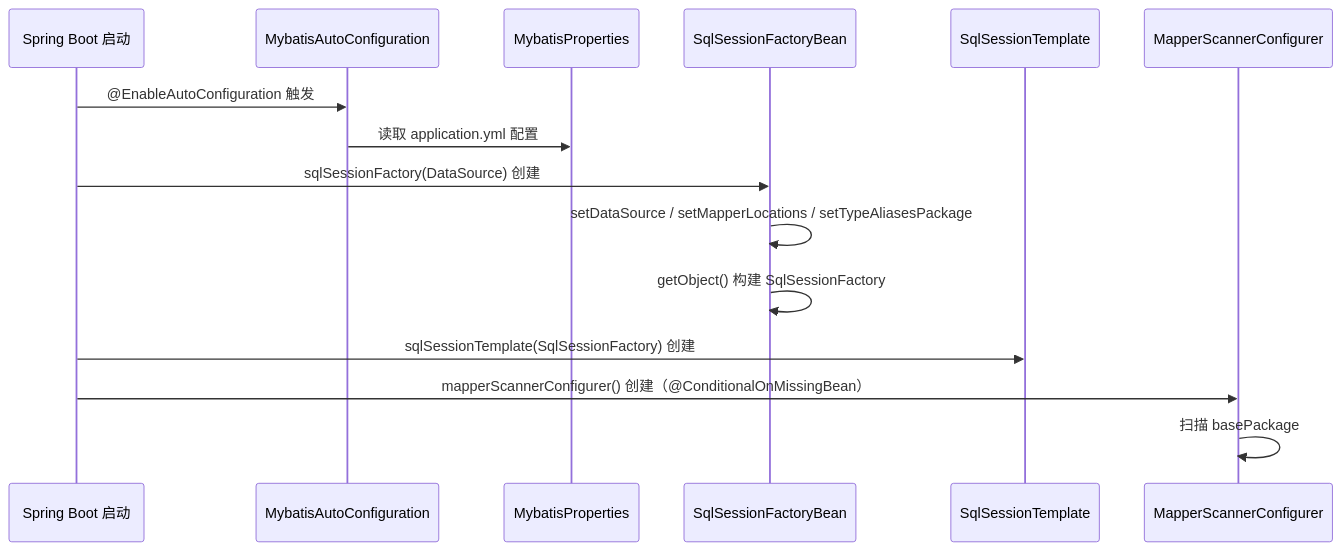
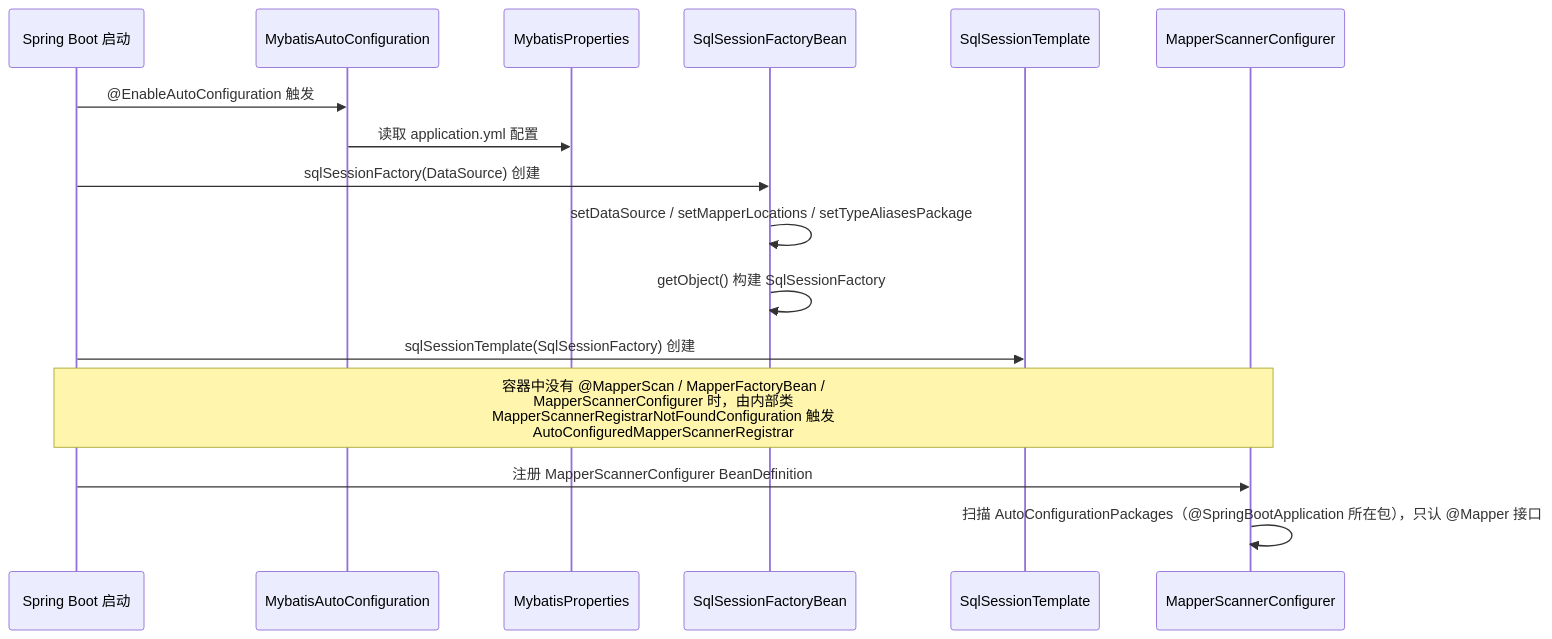
Before and after one commit to wb04307201/note: the fourth of 4 diagrams in 04.spring-backend/04-data/mybatis/03-spring-integration/02-mapper-and-boot.md, drawn with Mermaid. The commit also changed other lines of this file and 20 other files, not shown here.

````diff
--- a/04.spring-backend/04-data/mybatis/03-spring-integration/02-mapper-and-boot.md
+++ b/04.spring-backend/04-data/mybatis/03-spring-integration/02-mapper-and-boot.md
@@ -264,18 +265,19 @@
 ```mermaid
 sequenceDiagram
     participant Boot as Spring Boot 启动
     participant Auto as MybatisAutoConfiguration
     participant Props as MybatisProperties
     participant SFB as SqlSessionFactoryBean
     participant ST as SqlSessionTemplate
     participant MSC as MapperScannerConfigurer
-    
+
     Boot->>Auto: @EnableAutoConfiguration 触发
     Auto->>Props: 读取 application.yml 配置
     Boot->>SFB: sqlSessionFactory(DataSource) 创建
     SFB->>SFB: setDataSource / setMapperLocations / setTypeAliasesPackage
     SFB->>SFB: getObject() 构建 SqlSessionFactory
     Boot->>ST: sqlSessionTemplate(SqlSessionFactory) 创建
-    Boot->>MSC: mapperScannerConfigurer() 创建（@ConditionalOnMissingBean）
-    MSC->>MSC: 扫描 basePackage
+    Note over Boot,MSC: 容器中没有 @MapperScan / MapperFactoryBean /<br/>MapperScannerConfigurer 时，由内部类<br/>MapperScannerRegistrarNotFoundConfiguration 触发<br/>AutoConfiguredMapperScannerRegistrar
+    Boot->>MSC: 注册 MapperScannerConfigurer BeanDefinition
+    MSC->>MSC: 扫描 AutoConfigurationPackages（@SpringBootApplication 所在包），只认 @Mapper 接口
 ```
````
